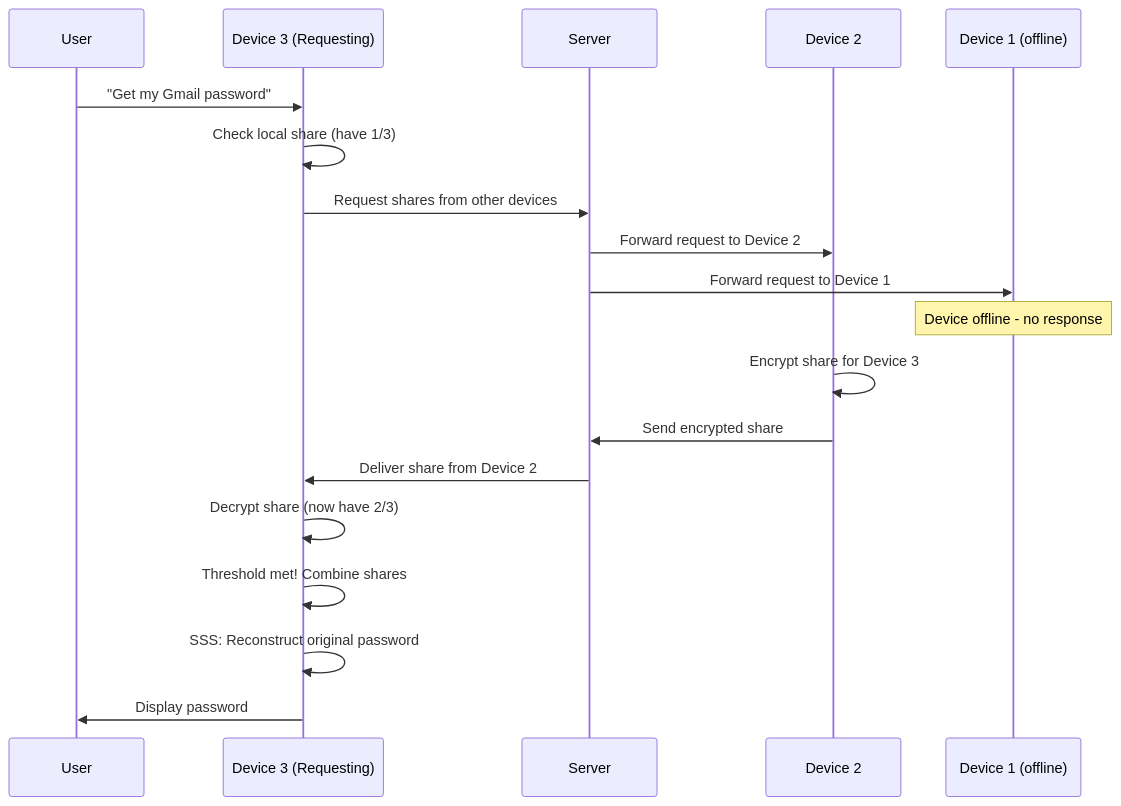
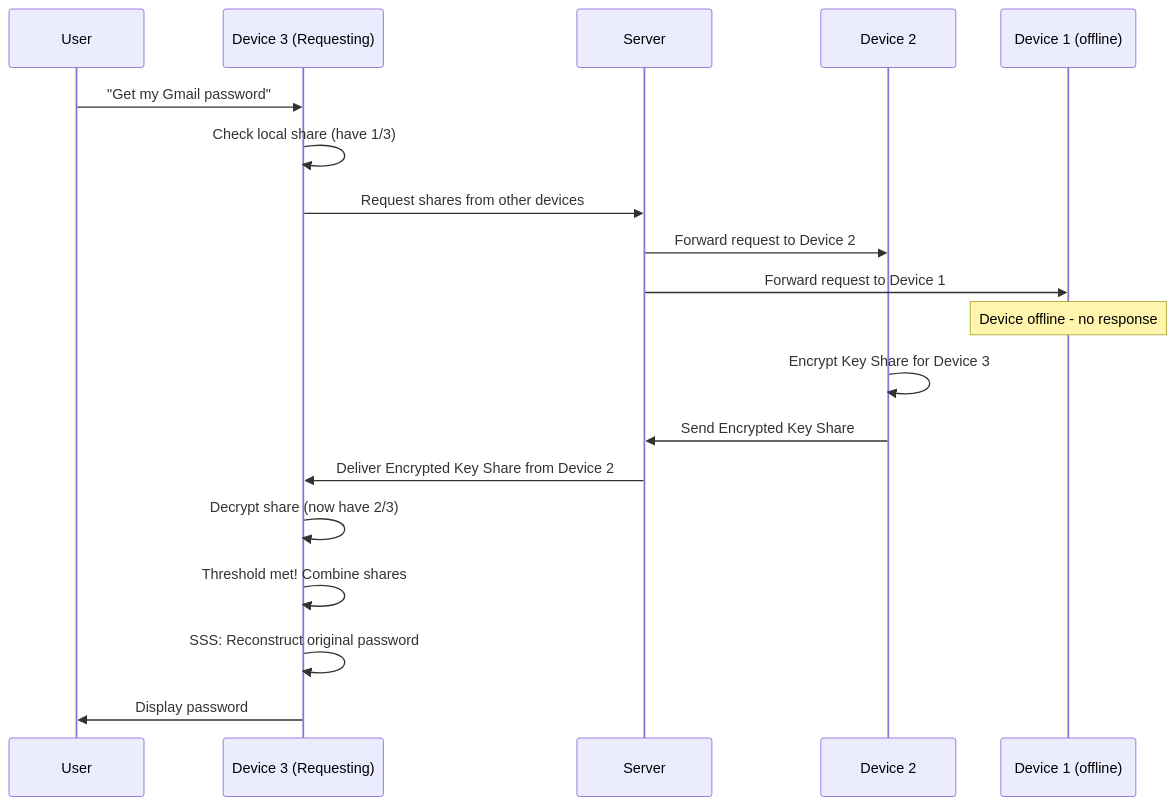
Before and after one commit to meta-secret/meta-secret-core: the eighth of 14 diagrams in docs/meta-secret-technical-presentation.md, drawn with Mermaid. The commit also changed other lines of this file and 12 other files, not shown here.

First line of the commit message:
docs: align Key Share and Master Key terminology (#150)

````diff
--- a/docs/meta-secret-technical-presentation.md
+++ b/docs/meta-secret-technical-presentation.md
@@ -457,26 +457,26 @@
 ```mermaid
 sequenceDiagram
     participant User
     participant D3 as Device 3 (Requesting)
     participant S as Server
     participant D2 as Device 2
     participant D1 as Device 1 (offline)
 
     User->>D3: "Get my Gmail password"
     D3->>D3: Check local share (have 1/3)
     
     D3->>S: Request shares from other devices
     S->>D2: Forward request to Device 2
     S->>D1: Forward request to Device 1
     
     Note over D1: Device offline - no response
     
-    D2->>D2: Encrypt share for Device 3
-    D2->>S: Send encrypted share
-    S->>D3: Deliver share from Device 2
+    D2->>D2: Encrypt Key Share for Device 3
+    D2->>S: Send Encrypted Key Share
+    S->>D3: Deliver Encrypted Key Share from Device 2
     
     D3->>D3: Decrypt share (now have 2/3)
     D3->>D3: Threshold met! Combine shares
     D3->>D3: SSS: Reconstruct original password
     D3->>User: Display password
 ```
````
